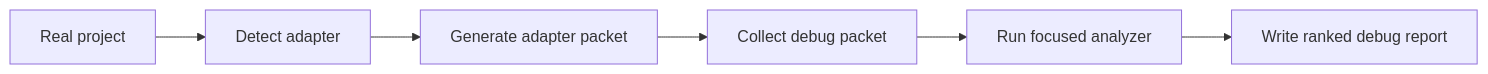
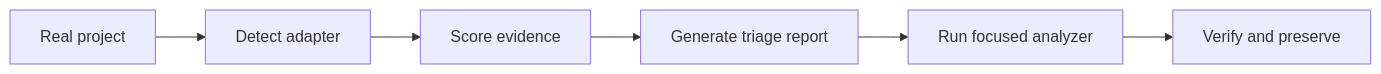
One commit to shark0304/personal-embeded-debug-skill changed the diagram in docs/project_adapters.md. Above: the diagram before and after it, drawn with Mermaid. The commit also changed other lines of this file and 40 other files, not shown here.

````diff
--- a/docs/project_adapters.md
+++ b/docs/project_adapters.md
@@ -69,8 +85,8 @@
 ```mermaid
 flowchart LR
     A["Real project"] --> B["Detect adapter"]
-    B --> C["Generate adapter packet"]
-    C --> D["Collect debug packet"]
+    B --> C["Score evidence"]
+    C --> D["Generate triage report"]
     D --> E["Run focused analyzer"]
-    E --> F["Write ranked debug report"]
+    E --> F["Verify and preserve"]
 ```
````
